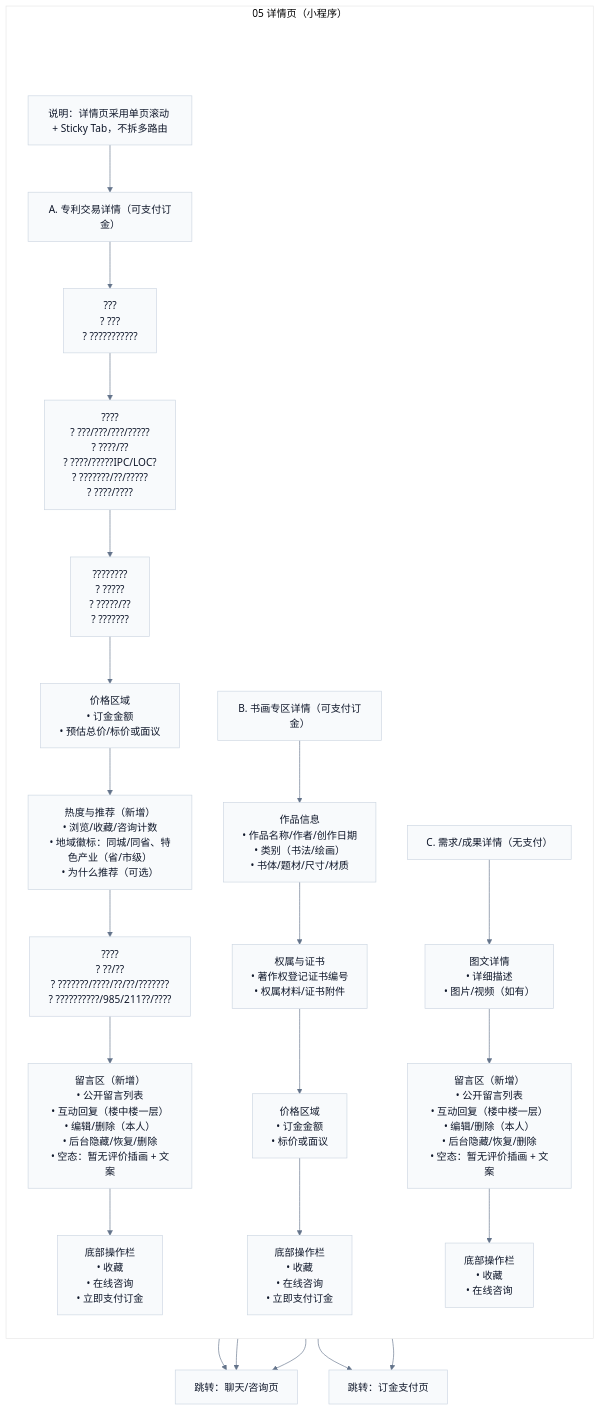
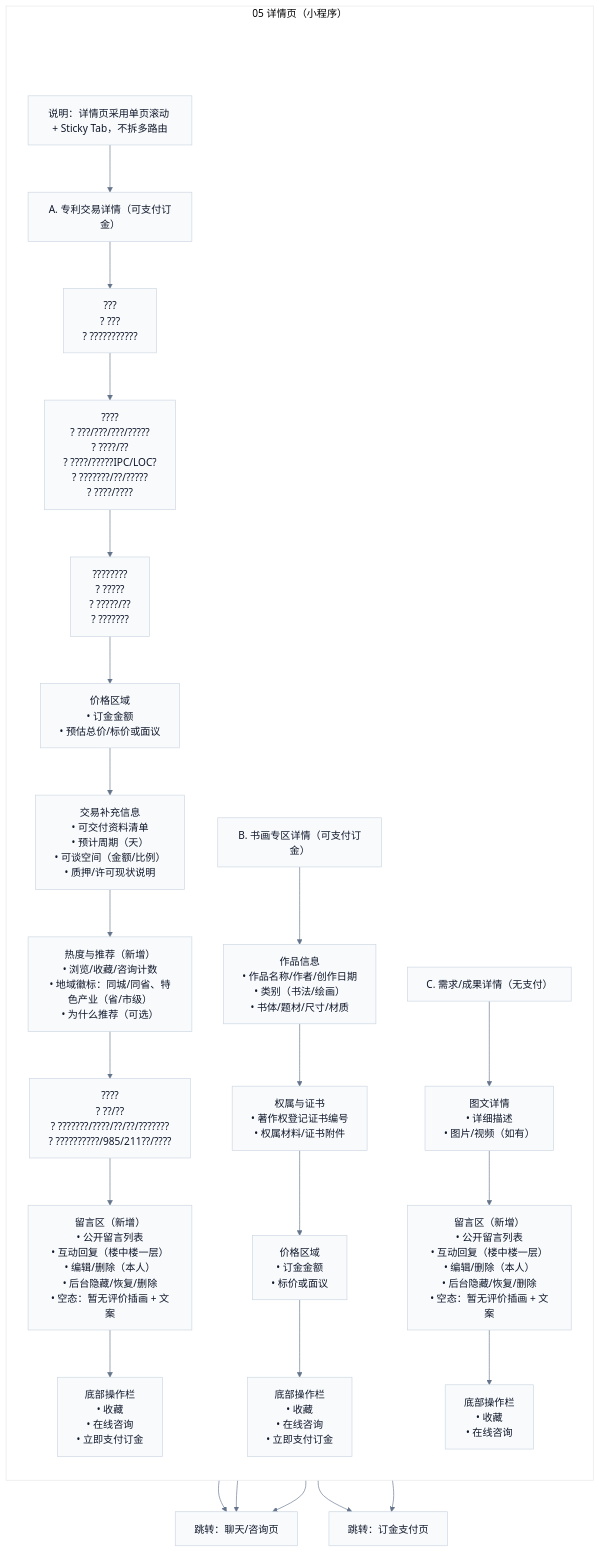
Before and after one commit to Ming-1984/Ipmoney: the diagram in docs/demo/pages/miniapp/05-detail.mmd, drawn with Mermaid. The commit also changed 88 other files, not shown here.

```diff
--- a/docs/demo/pages/miniapp/05-detail.mmd
+++ b/docs/demo/pages/miniapp/05-detail.mmd
@@ -1,46 +1,47 @@
 %%{init: {'theme':'base','flowchart': {'htmlLabels': true},'themeVariables': {'fontFamily': 'Inter, Microsoft YaHei, sans-serif','lineColor':'#64748B','primaryTextColor':'#0F172A','primaryBorderColor':'#CBD5E1','primaryColor':'#F8FAFC'}}}%%
 flowchart TB
   subgraph P["05 详情页（小程序）"]
     direction TB
     Pad[" "]:::pad
     Note["说明：详情页采用单页滚动 + Sticky Tab，不拆多路由"]:::section
 
     TitleA["A. 专利交易详情（可支付订金）"]:::section
     Media["???<br/>? ???<br/>? ???????????"]
     Info["????<br/>? ???/???/???/?????<br/>? ????/??<br/>? ????/?????IPC/LOC?<br/>? ???????/??/?????<br/>? ????/????"]
     Spec["????????<br/>? ?????<br/>? ?????/??<br/>? ???????"]
     Price["价格区域<br/>• 订金金额<br/>• 预估总价/标价或面议"]
+    TradeExtras["交易补充信息<br/>• 可交付资料清单<br/>• 预计周期（天）<br/>• 可谈空间（金额/比例）<br/>• 质押/许可现状说明"]
     Stats["热度与推荐（新增）<br/>• 浏览/收藏/咨询计数<br/>• 地域徽标：同城/同省、特色产业（省/市级）<br/>• 为什么推荐（可选）"]
     Seller["????<br/>? ??/??<br/>? ???????/????/??/??/???????<br/>? ??????????/985/211??/????"]
     Comments["留言区（新增）<br/>• 公开留言列表<br/>• 互动回复（楼中楼一层）<br/>• 编辑/删除（本人）<br/>• 后台隐藏/恢复/删除<br/>• 空态：暂无评价插画 + 文案"]
     Actions["底部操作栏<br/>• 收藏<br/>• 在线咨询<br/>• 立即支付订金"]
 
     TitleB["B. 书画专区详情（可支付订金）"]:::section
     ArtInfo["作品信息<br/>• 作品名称/作者/创作日期<br/>• 类别（书法/绘画）<br/>• 书体/题材/尺寸/材质"]
     ArtCert["权属与证书<br/>• 著作权登记证书编号<br/>• 权属材料/证书附件"]
     ArtPrice["价格区域<br/>• 订金金额<br/>• 标价或面议"]
     ArtActions["底部操作栏<br/>• 收藏<br/>• 在线咨询<br/>• 立即支付订金"]
 
     TitleC["C. 需求/成果详情（无支付）"]:::section
     Content["图文详情<br/>• 详细描述<br/>• 图片/视频（如有）"]
     Comments2["留言区（新增）<br/>• 公开留言列表<br/>• 互动回复（楼中楼一层）<br/>• 编辑/删除（本人）<br/>• 后台隐藏/恢复/删除<br/>• 空态：暂无评价插画 + 文案"]
     Actions2["底部操作栏<br/>• 收藏<br/>• 在线咨询"]
 
     Pad --> Note --> TitleA
-    TitleA --> Media --> Info --> Spec --> Price --> Stats --> Seller --> Comments --> Actions
+    TitleA --> Media --> Info --> Spec --> Price --> TradeExtras --> Stats --> Seller --> Comments --> Actions
 
     TitleB --> ArtInfo --> ArtCert --> ArtPrice --> ArtActions
     TitleC --> Content --> Comments2 --> Actions2
   end
 
   Msg["跳转：聊天/咨询页"]
   Checkout["跳转：订金支付页"]
   Actions --> Msg
   Actions --> Checkout
   ArtActions --> Msg
   ArtActions --> Checkout
   Actions2 --> Msg
 
   classDef pad fill:transparent,stroke:transparent,color:transparent;
   classDef section fill:#F8FAFC,stroke:#CBD5E1,color:#0F172A;
   linkStyle 0 stroke:transparent,fill:transparent;
```
